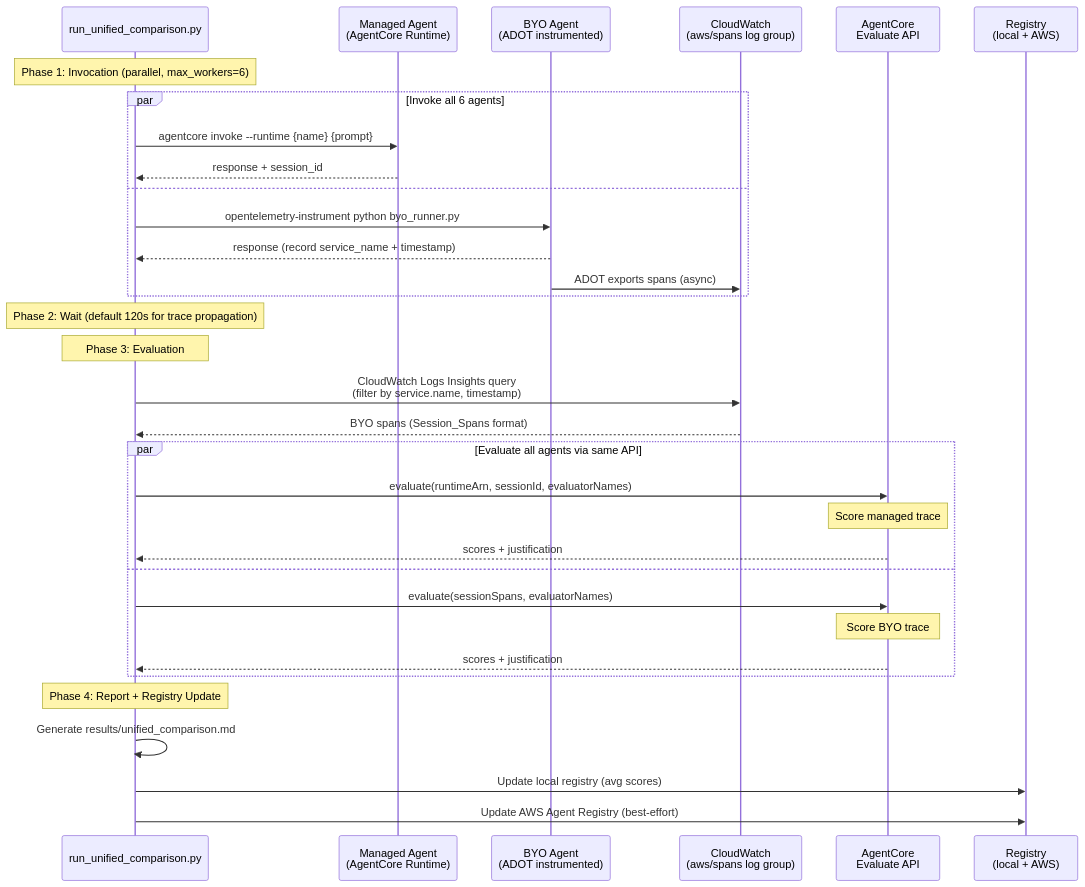
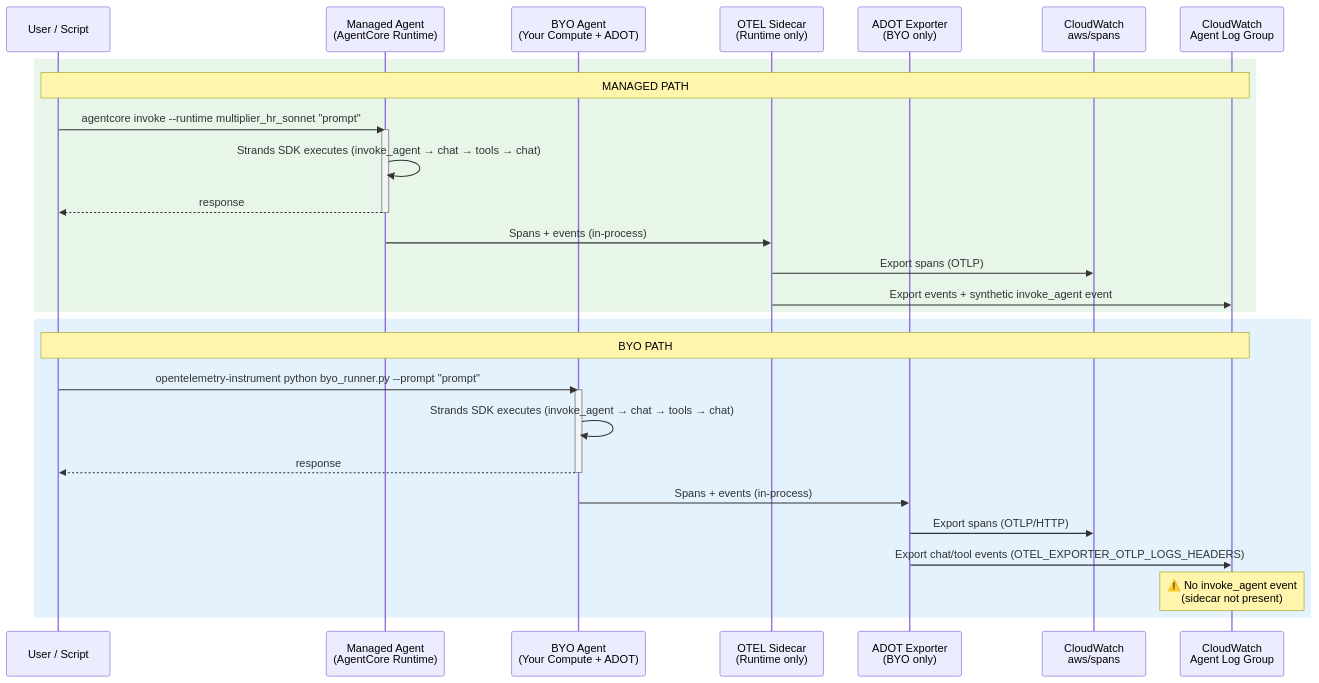
One commit to kangks/aws_agent_registry_edd changed the first of 7 diagrams in edd-poc/EDD_architecture.md. Above: the diagram before and after it, drawn with Mermaid. The commit also changed other lines of this file and 11 other files, not shown here.

````diff
--- a/edd-poc/EDD_architecture.md
+++ b/edd-poc/EDD_architecture.md
@@ -417,43 +443,35 @@
 ```mermaid
 sequenceDiagram
-    participant Script as run_unified_comparison.py
+    participant User as User / Script
     participant Managed as Managed Agent<br/>(AgentCore Runtime)
-    participant BYO as BYO Agent<br/>(ADOT instrumented)
-    participant CW as CloudWatch<br/>(aws/spans log group)
-    participant Eval as AgentCore<br/>Evaluate API
-    participant Reg as Registry<br/>(local + AWS)
+    participant BYO as BYO Agent<br/>(Your Compute + ADOT)
+    participant Sidecar as OTEL Sidecar<br/>(Runtime only)
+    participant ADOT as ADOT Exporter<br/>(BYO only)
+    participant CW_Spans as CloudWatch<br/>aws/spans
+    participant CW_Events as CloudWatch<br/>Agent Log Group
 
-    Note over Script: Phase 1: Invocation (parallel, max_workers=6)
-
-    par Invoke all 6 agents
-        Script->>Managed: agentcore invoke --runtime {name} {prompt}
-        Managed-->>Script: response + session_id
-    and
-        Script->>BYO: opentelemetry-instrument python byo_runner.py
-        BYO-->>Script: response (record service_name + timestamp)
-        BYO->>CW: ADOT exports spans (async)
+    rect rgb(232, 245, 233)
+    Note over User,CW_Events: MANAGED PATH
+    User->>Managed: agentcore invoke --runtime multiplier_hr_sonnet "prompt"
+    activate Managed
+    Managed->>Managed: Strands SDK executes (invoke_agent → chat → tools → chat)
+    Managed-->>User: response
+    deactivate Managed
+    Managed->>Sidecar: Spans + events (in-process)
+    Sidecar->>CW_Spans: Export spans (OTLP)
+    Sidecar->>CW_Events: Export events + synthetic invoke_agent event
     end
 
-    Note over Script: Phase 2: Wait (default 120s for trace propagation)
-
-    Note over Script: Phase 3: Evaluation
-
-    Script->>CW: CloudWatch Logs Insights query<br/>(filter by service.name, timestamp)
-    CW-->>Script: BYO spans (Session_Spans format)
-
-    par Evaluate all agents via same API
-        Script->>Eval: evaluate(runtimeArn, sessionId, evaluatorNames)
-        Note over Eval: Score managed trace
-        Eval-->>Script: scores + justification
-    and
-        Script->>Eval: evaluate(sessionSpans, evaluatorNames)
-        Note over Eval: Score BYO trace
-        Eval-->>Script: scores + justification
+    rect rgb(227, 242, 253)
+    Note over User,CW_Events: BYO PATH
+    User->>BYO: opentelemetry-instrument python byo_runner.py --prompt "prompt"
+    activate BYO
+    BYO->>BYO: Strands SDK executes (invoke_agent → chat → tools → chat)
+    BYO-->>User: response
+    deactivate BYO
+    BYO->>ADOT: Spans + events (in-process)
+    ADOT->>CW_Spans: Export spans (OTLP/HTTP)
+    ADOT->>CW_Events: Export chat/tool events (OTEL_EXPORTER_OTLP_LOGS_HEADERS)
+    Note over CW_Events: ⚠️ No invoke_agent event<br/>(sidecar not present)
     end
-
-    Note over Script: Phase 4: Report + Registry Update
-
-    Script->>Script: Generate results/unified_comparison.md
-    Script->>Reg: Update local registry (avg scores)
-    Script->>Reg: Update AWS Agent Registry (best-effort)
 ```
````
